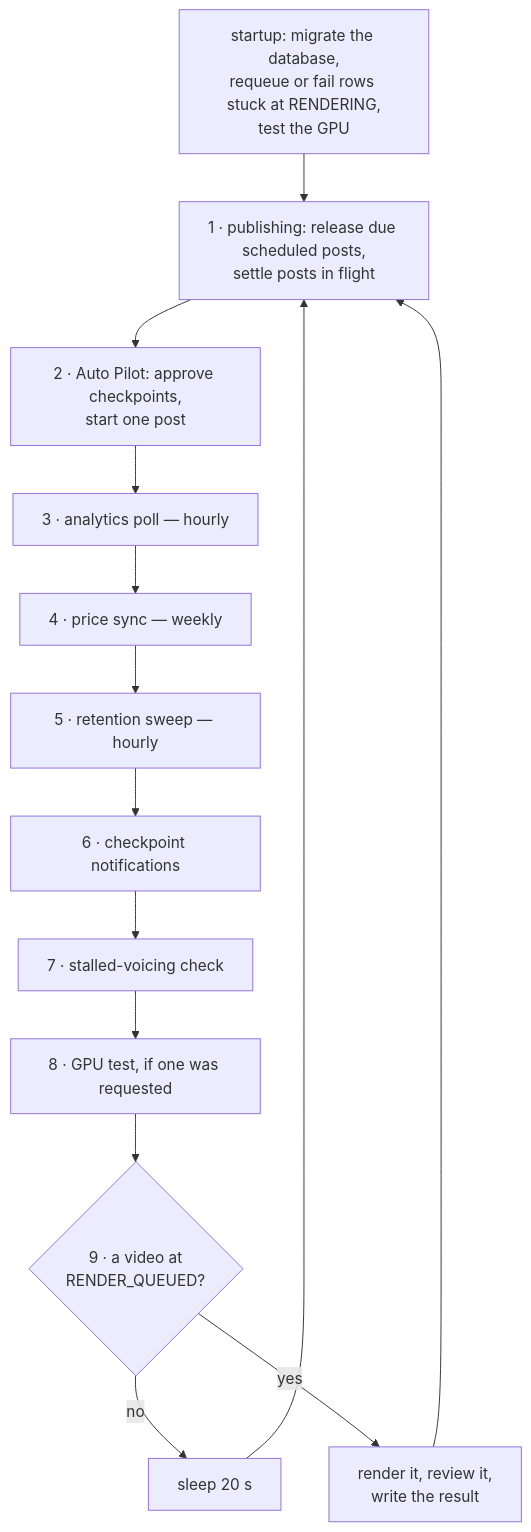
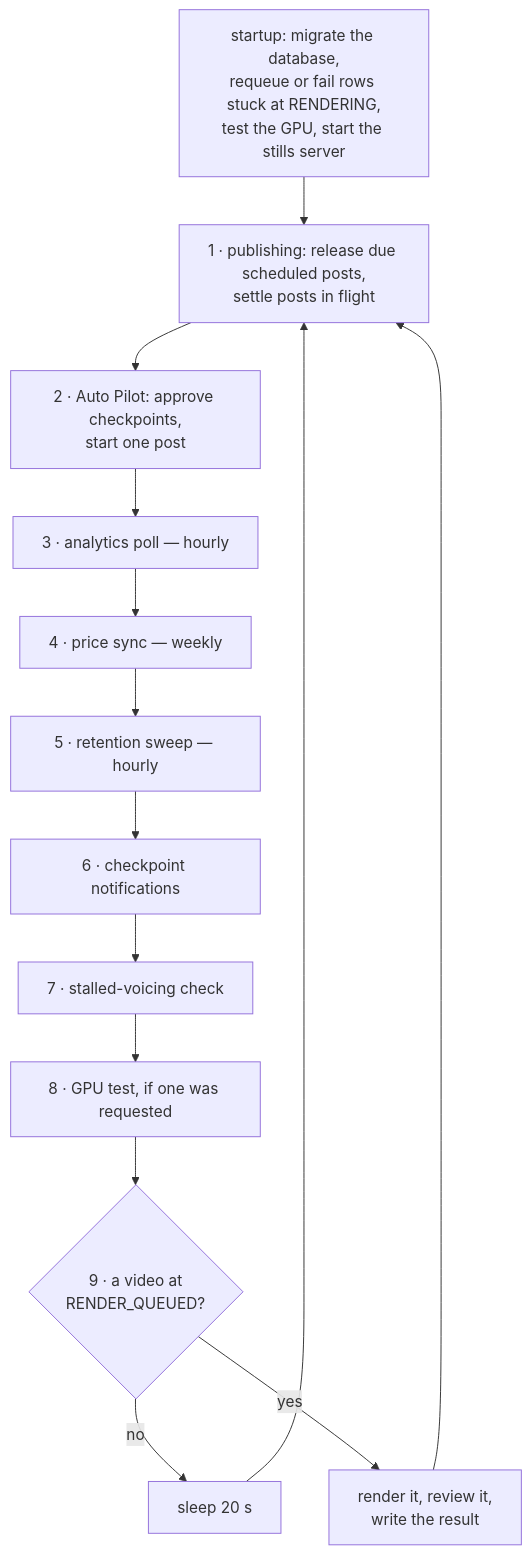
One commit to teja156/tubematic changed the diagram in docs/developer/12-the-worker.md. Above: the diagram before and after it, drawn with Mermaid. The commit also changed other lines of this file and 13 other files, not shown here.

````diff
--- a/docs/developer/12-the-worker.md
+++ b/docs/developer/12-the-worker.md
@@ -20,14 +20,14 @@
 ```mermaid
 flowchart TD
-    S[startup: migrate the database,<br/>requeue or fail rows stuck at RENDERING,<br/>test the GPU] --> P
+    S[startup: migrate the database,<br/>requeue or fail rows stuck at RENDERING,<br/>test the GPU, start the stills server] --> P
     P[1 · publishing: release due scheduled posts,<br/>settle posts in flight] --> A
     A[2 · Auto Pilot: approve checkpoints,<br/>start one post] --> M
     M[3 · analytics poll — hourly] --> PR
     PR[4 · price sync — weekly] --> R
     R[5 · retention sweep — hourly] --> N
     N[6 · checkpoint notifications] --> V
     V[7 · stalled-voicing check] --> G
     G[8 · GPU test, if one was requested] --> C{9 · a video at<br/>RENDER_QUEUED?}
     C -->|no| SL[sleep 20 s] --> P
     C -->|yes| RN[render it, review it,<br/>write the result] --> P
 ```
````
